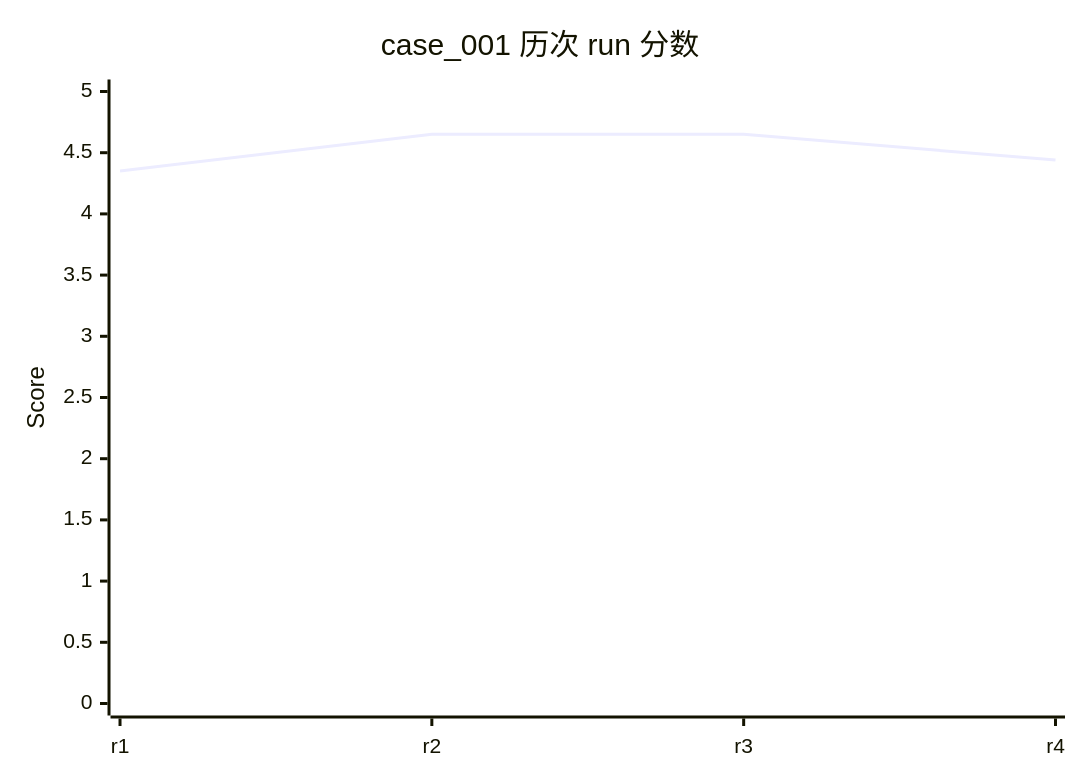
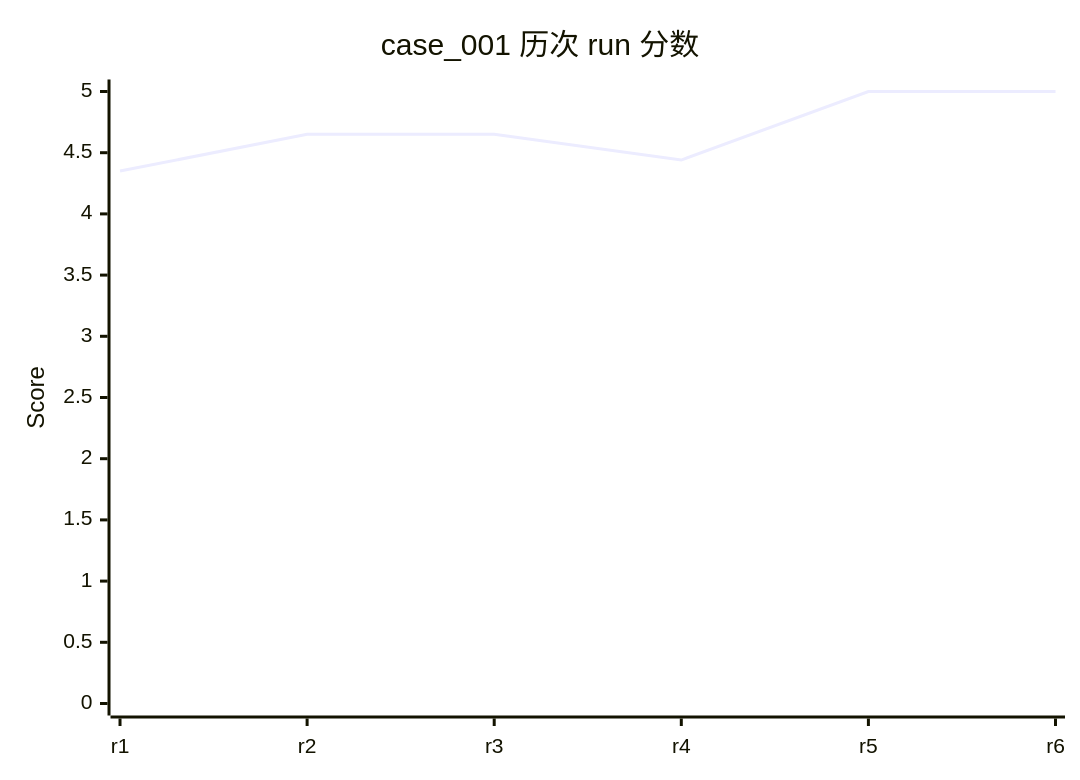
The eighth of 58 diagrams in evals/DASHBOARD.md (rushengzhou/sid-code), drawn with Mermaid before and after one commit. The commit also changed other lines of this file and 49 other files, not shown here.

````diff
--- a/evals/DASHBOARD.md
+++ b/evals/DASHBOARD.md
@@ -235,7 +240,7 @@
 ```mermaid
 xychart-beta
     title "case_001 历次 run 分数"
-    x-axis [r1, r2, r3, r4]
+    x-axis [r1, r2, r3, r4, r5, r6]
     y-axis "Score" 0 --> 5
-    line [4.35, 4.65, 4.65, 4.44]
+    line [4.35, 4.65, 4.65, 4.44, 5.00, 5.00]
 ```
````
